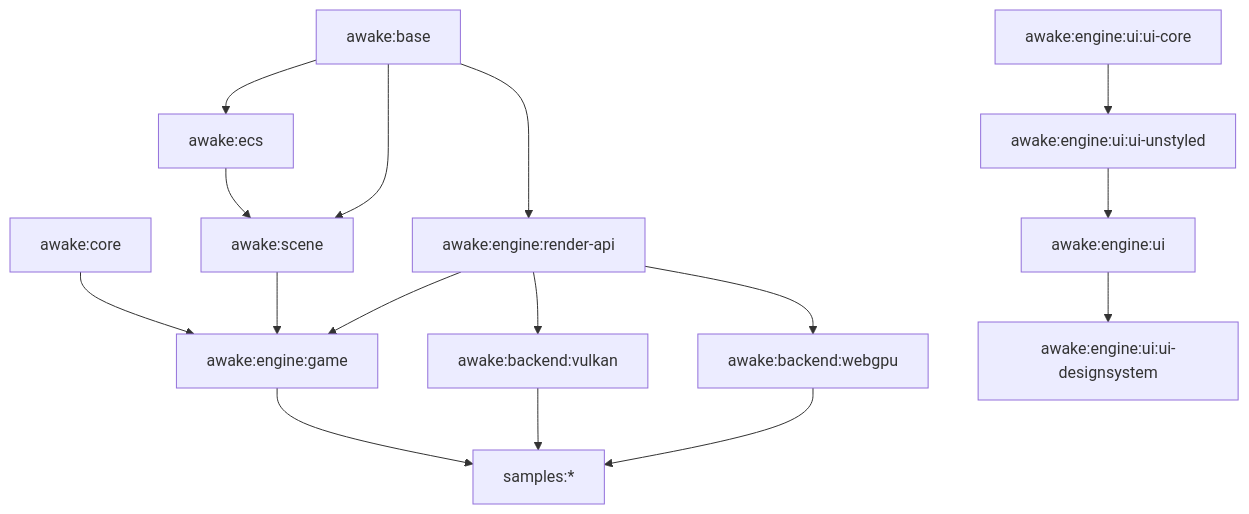
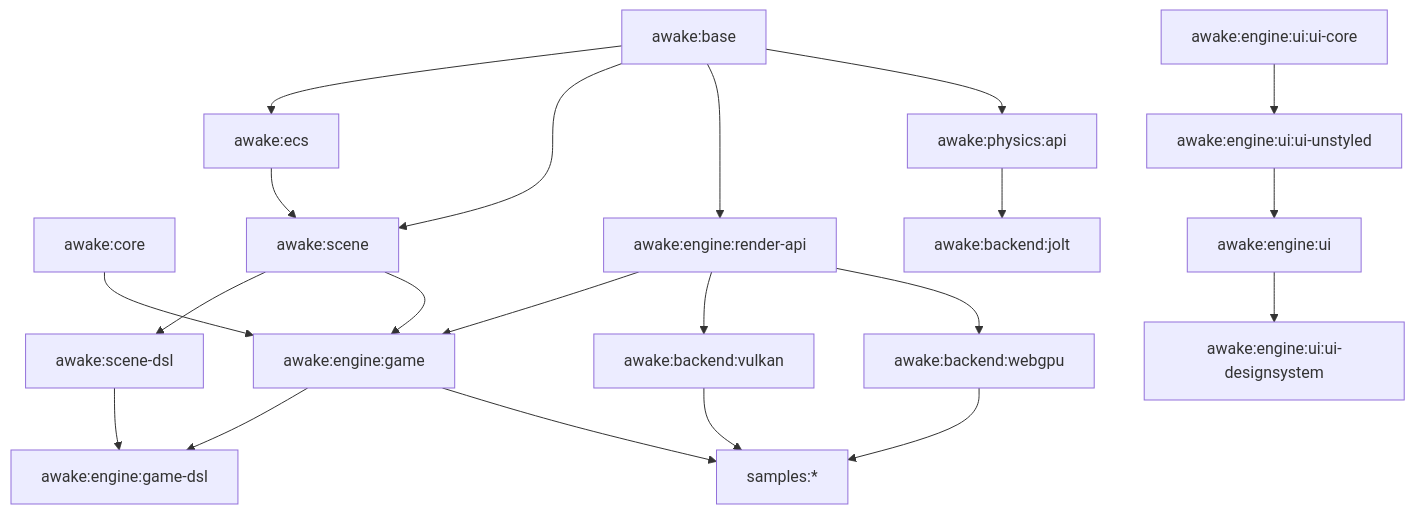
The diagram in docs/architecture.md (awake-lab/awake), drawn with Mermaid before and after one commit. The commit also changed other lines of this file and 1 other file, not shown here.

Commit message:
docs: reconcile MVP_PLAN.md/architecture.md Phase 7/8 status and module graph
Phase 7 (Compose-style scene API) was marked "OPEN -- under discussion"
but was already shipped (awake:scene-dsl's declarative DSL, option 2).
Phase 8 (physics) was framed as "post-MVP, not started" but
awake:physics:api + awake:backend:jolt (real Jolt bindings, zero
TODO()s) already exist -- only sample/ECS integration is pending.
Module graph was missing scene-dsl, game-dsl, physics:api, and
backend:jolt entirely.

````diff
--- a/docs/architecture.md
+++ b/docs/architecture.md
@@ -17,32 +17,41 @@
 ```mermaid
 flowchart TD
     base["awake:base"]
     core["awake:core"]
     ecs["awake:ecs"]
     scene["awake:scene"]
+    sceneDsl["awake:scene-dsl"]
     render["awake:engine:render-api"]
     game["awake:engine:game"]
+    gameDsl["awake:engine:game-dsl"]
+    physicsApi["awake:physics:api"]
+    jolt["awake:backend:jolt"]
     uiCore["awake:engine:ui:ui-core"]
     uiWidgets["awake:engine:ui:ui-unstyled"]
     ui["awake:engine:ui"]
     uiDs["awake:engine:ui:ui-designsystem"]
     vulkan["awake:backend:vulkan"]
     webgpu["awake:backend:webgpu"]
     samples["samples:*"]
 
     core --> game
     base --> ecs
     base --> scene
     base --> render
+    base --> physicsApi
     ecs --> scene
+    scene --> sceneDsl
     render --> game
     scene --> game
+    game --> gameDsl
+    sceneDsl --> gameDsl
+    physicsApi --> jolt
     uiCore --> uiWidgets
     uiWidgets --> ui
     ui --> uiDs
     game --> samples
     render --> vulkan
     render --> webgpu
     vulkan --> samples
     webgpu --> samples
 ```
````
